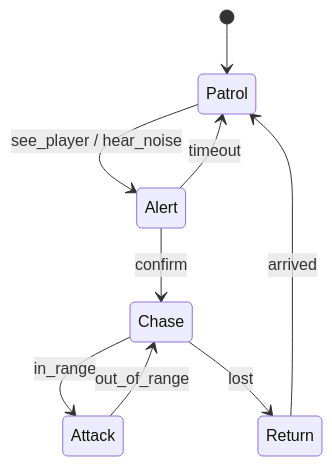
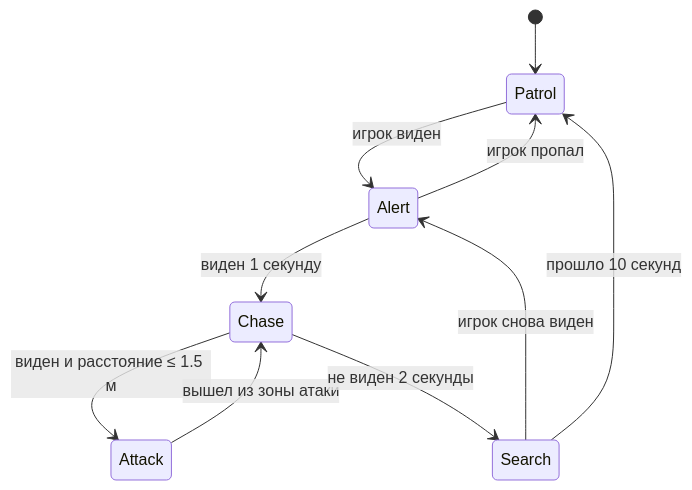
Before and after one commit to VladimirPechenov/III_lab1: the first of 2 diagrams in docs/diagrams.md, drawn with Mermaid. The commit also changed other lines of this file and 58 other files, not shown here.

````diff
--- a/docs/diagrams.md
+++ b/docs/diagrams.md
@@ -5,11 +5,12 @@
 ```mermaid
 stateDiagram-v2
     [*] --> Patrol
-    Patrol --> Alert: see_player / hear_noise
-    Alert --> Chase: confirm
-    Alert --> Patrol: timeout
-    Chase --> Attack: in_range
-    Attack --> Chase: out_of_range
-    Chase --> Return: lost
-    Return --> Patrol: arrived
+    Patrol --> Alert: игрок виден
+    Alert --> Patrol: игрок пропал
+    Alert --> Chase: виден 1 секунду
+    Chase --> Attack: виден и расстояние ≤ 1.5 м
+    Attack --> Chase: вышел из зоны атаки
+    Chase --> Search: не виден 2 секунды
+    Search --> Alert: игрок снова виден
+    Search --> Patrol: прошло 10 секунд
 ```
````
